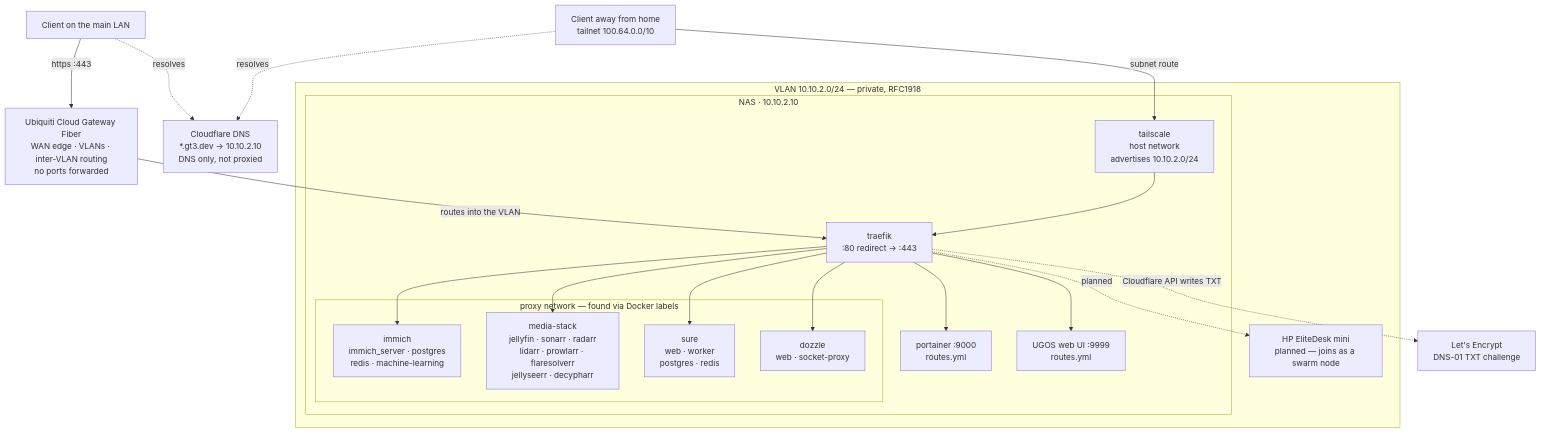
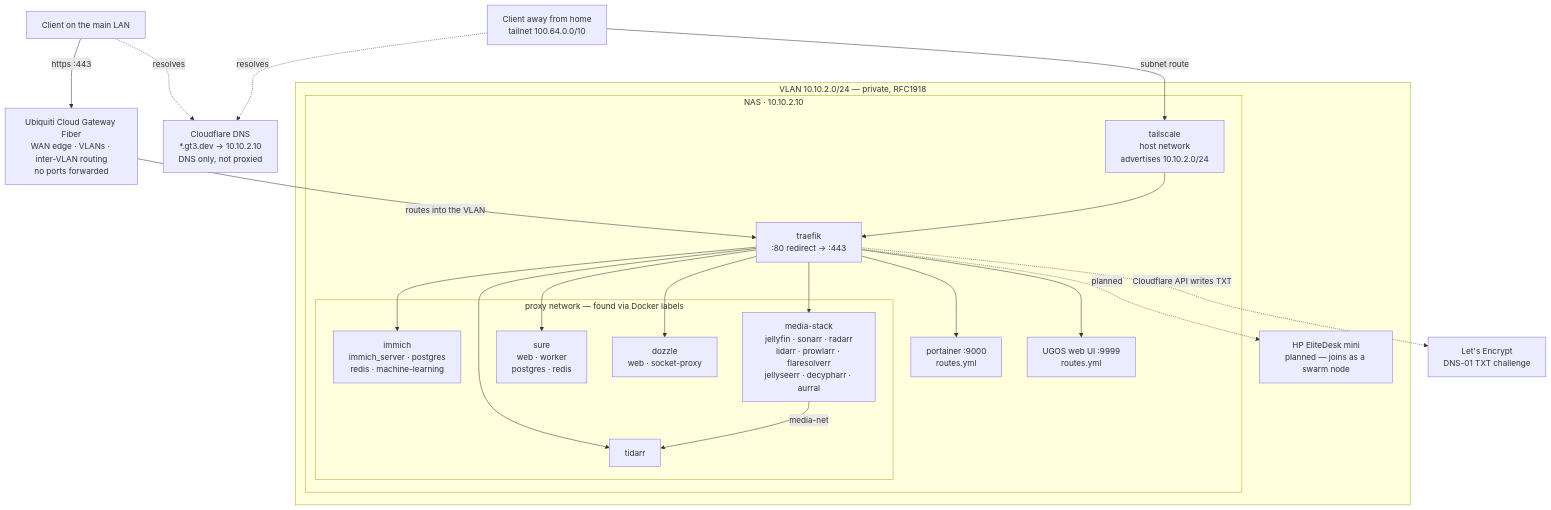
Before and after one commit to mhallo/homelab: the diagram in README.md, drawn with Mermaid. The commit also changed other lines of this file and 6 other files, not shown here.

First line of the commit message:
add aurral to media-stack, restore tidarr

````diff
--- a/README.md
+++ b/README.md
@@ -40,45 +41,48 @@
 ```mermaid
 flowchart TB
     CF["Cloudflare DNS<br>*.gt3.dev → 10.10.2.10<br>DNS only, not proxied"]
     LE["Let's Encrypt<br>DNS-01 TXT challenge"]
 
     AWAY["Client away from home<br>tailnet 100.64.0.0/10"]
     HOME["Client on the main LAN"]
 
     UCG["Ubiquiti Cloud Gateway Fiber<br>WAN edge · VLANs · inter-VLAN routing<br>no ports forwarded"]
 
     HOME -. "resolves" .-> CF
     AWAY -. "resolves" .-> CF
     HOME -- "https :443" --> UCG
     UCG -- "routes into the VLAN" --> TRAEFIK
 
     subgraph VLAN["VLAN 10.10.2.0/24 — private, RFC1918"]
         subgraph NAS["NAS · 10.10.2.10"]
             TSC["tailscale<br>host network<br>advertises 10.10.2.0/24"]
             TRAEFIK["traefik<br>:80 redirect → :443"]
             PORT["portainer :9000<br>routes.yml"]
             UGOS["UGOS web UI :9999<br>routes.yml"]
 
             subgraph STACKS["proxy network — found via Docker labels"]
                 IMM["immich<br>immich_server · postgres<br>redis · machine-learning"]
-                MED["media-stack<br>jellyfin · sonarr · radarr<br>lidarr · prowlarr · flaresolverr<br>jellyseerr · decypharr"]
+                MED["media-stack<br>jellyfin · sonarr · radarr<br>lidarr · prowlarr · flaresolverr<br>jellyseerr · decypharr · aurral"]
                 SURE["sure<br>web · worker<br>postgres · redis"]
+                TID["tidarr"]
                 DOZ["dozzle<br>web · socket-proxy"]
             end
         end
 
         HP["HP EliteDesk mini<br>planned — joins as a swarm node"]
     end
 
     AWAY -- "subnet route" --> TSC
     TSC --> TRAEFIK
 
     TRAEFIK --> IMM
     TRAEFIK --> MED
     TRAEFIK --> SURE
+    TRAEFIK --> TID
     TRAEFIK --> DOZ
+    MED -- "media-net" --> TID
     TRAEFIK --> PORT
     TRAEFIK --> UGOS
     TRAEFIK -. "planned" .-> HP
     TRAEFIK -. "Cloudflare API writes TXT" .-> LE
 ```
````
